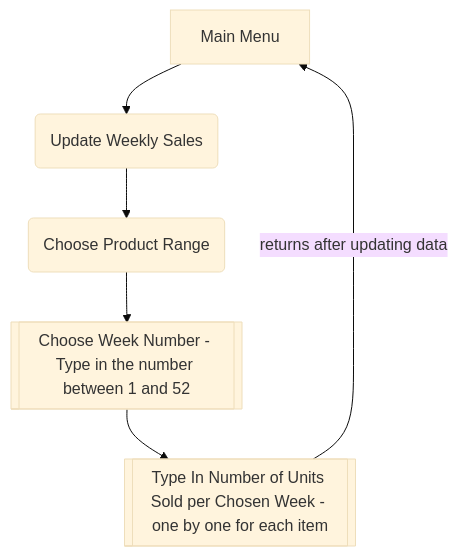
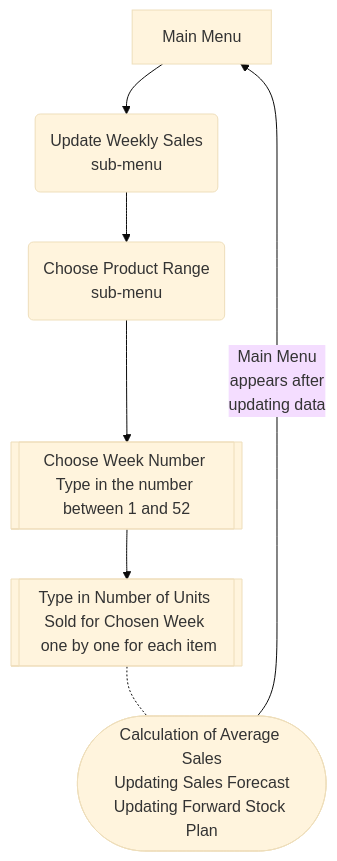
One commit to Mykola-CI/forward-stock-plan changed the third of 4 diagrams in README.md. Above: the diagram before and after it, drawn with Mermaid (base theme). The commit also changed other lines of this file and 3 other files, not shown here.

````diff
--- a/README.md
+++ b/README.md
@@ -130,8 +143,9 @@
 ```mermaid
 flowchart TB
 A[Main Menu]-->AC
-AC(Update Weekly Sales)-->ABP(Choose Product Range)
-ABP-->W[[Choose Week Number - Type in the number between 1 and 52]]
-W-->TYPE[[Type In Number of Units Sold per Chosen Week - one by one for each item]]
-TYPE--returns after updating data-->A
+AC(Update Weekly Sales<br>sub-menu)-->ABP(Choose Product Range<br>sub-menu)
+ABP-->W[[Choose Week Number <br>Type in the number between 1 and 52]]
+W-->TYPE[[Type in Number of Units Sold for Chosen Week <br> one by one for each item]]
+CALC--Main Menu<br> appears after <br>updating data-->A
+TYPE-.-CALC([Calculation of Average Sales<br>Updating Sales Forecast<br>Updating Forward Stock Plan])
 ```
````
